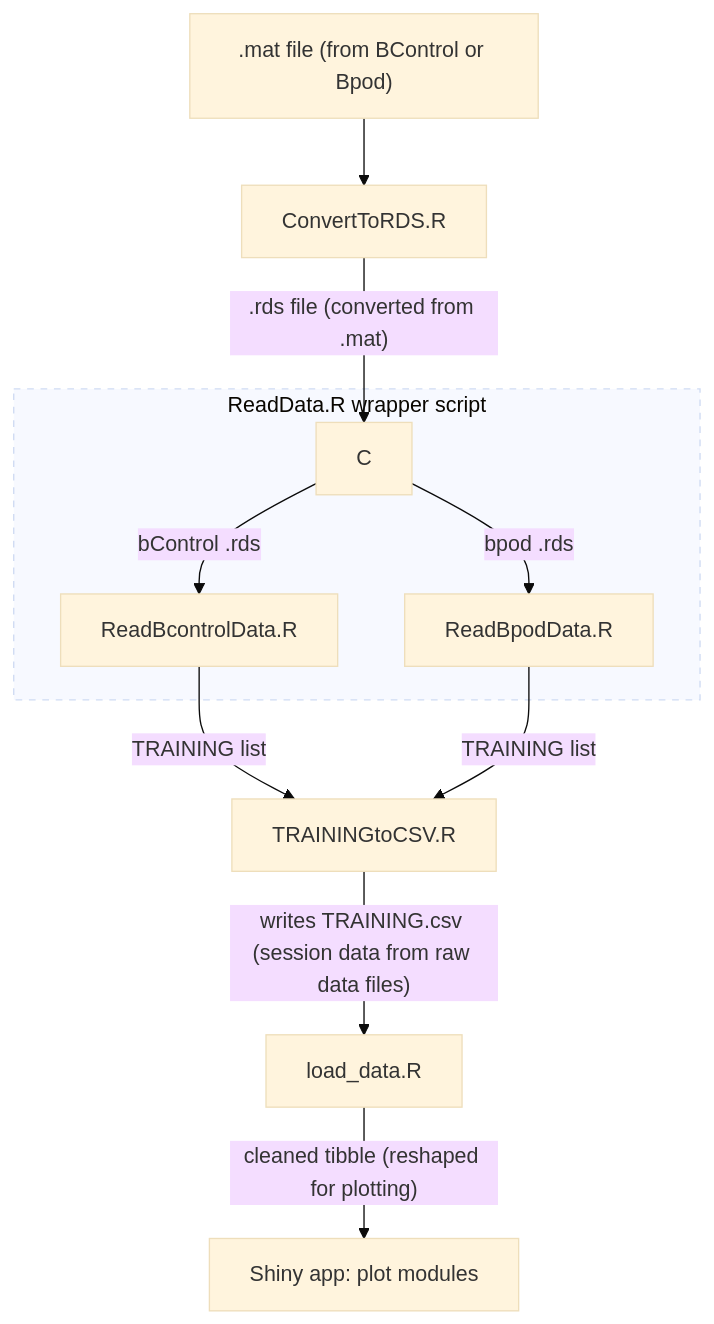
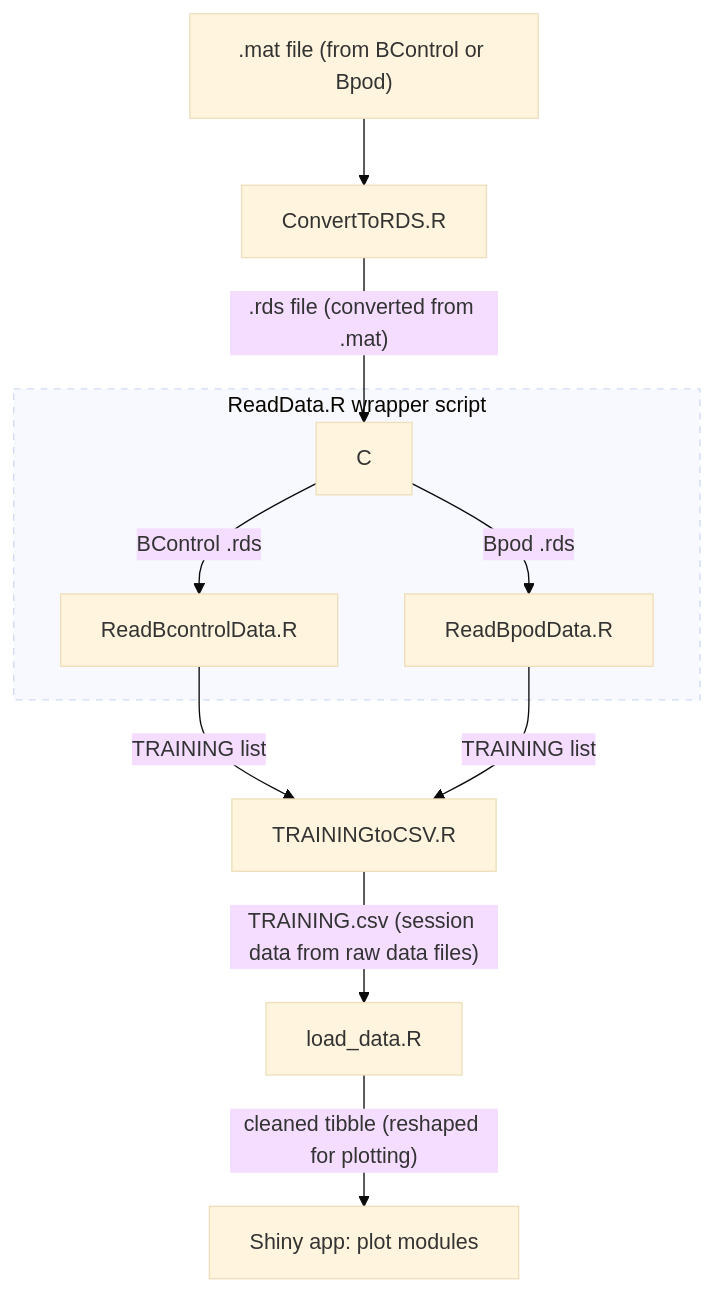
The diagram in docs/architecture.md (LIMLabSWC/shiny-performance-tracking), drawn with Mermaid (base theme) before and after one commit.

Commit message:
update mermaid graph

````diff
--- a/docs/architecture.md
+++ b/docs/architecture.md
@@ -25,24 +25,25 @@
 ```mermaid
 graph TD
 
-  %% Step 1: .mat input to .rds
+  %% Step 1: file input
   A[".mat file (from BControl or Bpod)"] --> B[ConvertToRDS.R]
   B -->|".rds file (converted from .mat)"| C
 
-  %% Step 2: Dispatch to reader
+  %% Step 2: ReadData.R dispatch logic
   subgraph ReadData [ReadData.R wrapper script]
     style ReadData stroke-dasharray: 5 5
-    C -->|bControl .rds| D[ReadBcontrolData.R]
-    C -->|bpod .rds| E[ReadBpodData.R]
+    C -->|BControl .rds| D[ReadBcontrolData.R]
+    C -->|Bpod .rds| E[ReadBpodData.R]
   end
 
   %% Step 3: Output to CSV
   D -->|TRAINING list| F[TRAININGtoCSV.R]
   E -->|TRAINING list| F
-  F -->|"writes TRAINING.csv (session data from raw data files)"| G[load_data.R]
+  F -->|"TRAINING.csv (session data from raw data files)"| G[load_data.R]
 
   %% Step 4: Shiny pipeline
   G -->|"cleaned tibble (reshaped for plotting)"| H[Shiny app: plot modules]
 
 
+
 ```
````
